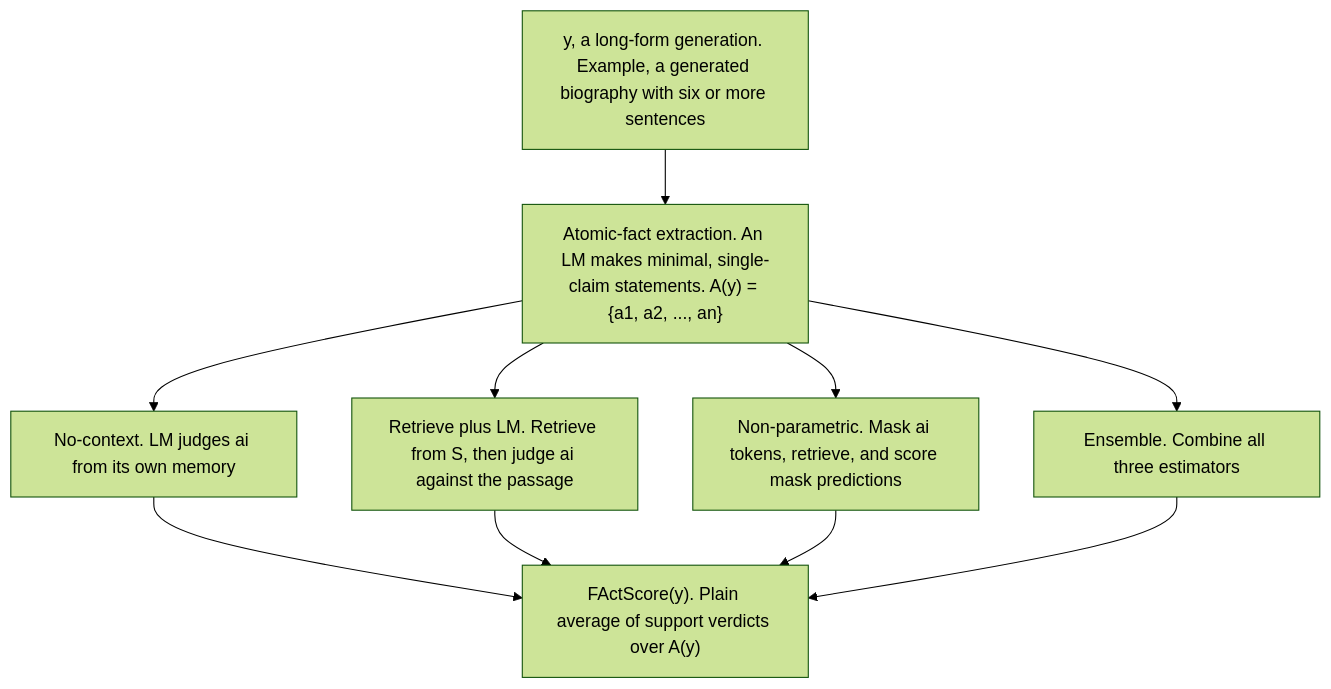
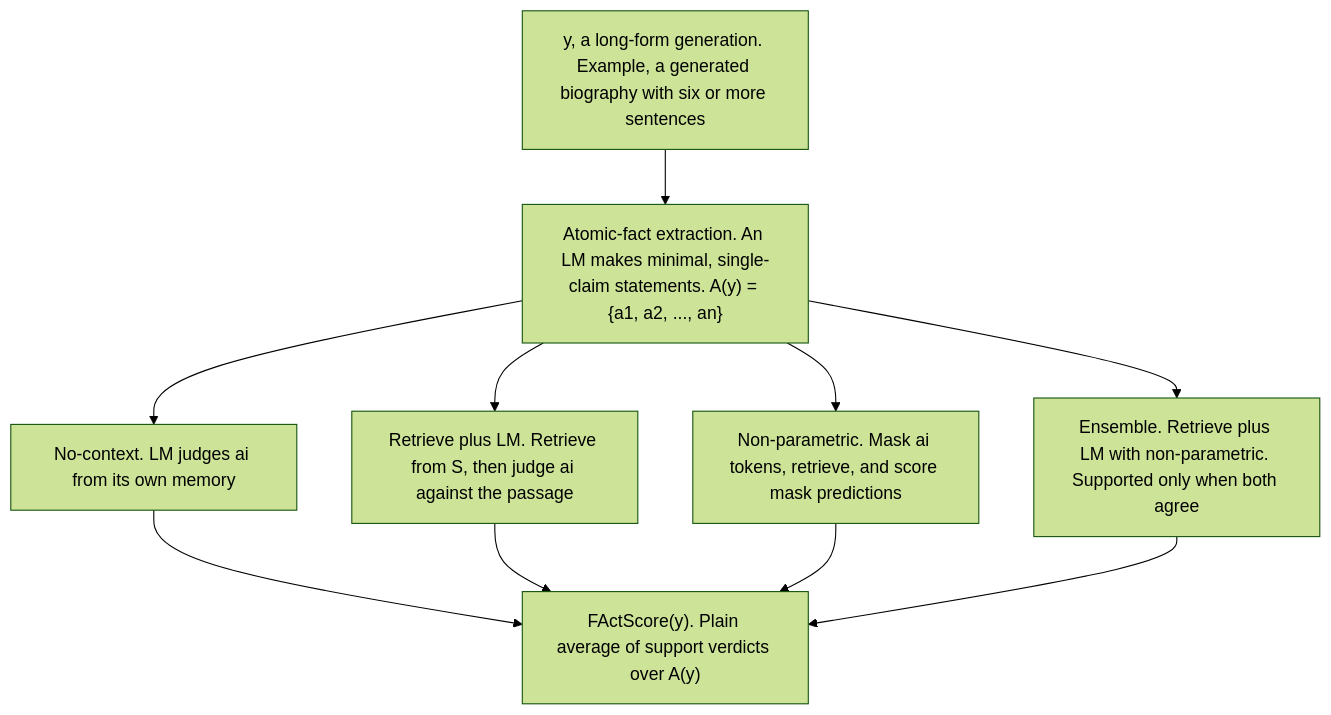
One commit to arunshar/rag-interview-chapters changed the second of 4 diagrams in chapters/33_evaluating_generation.md. Above: the diagram before and after it, drawn with Mermaid (forest theme). The commit also changed other lines of this file and 132 other files, not shown here.

````diff
--- a/chapters/33_evaluating_generation.md
+++ b/chapters/33_evaluating_generation.md
@@ -693,19 +693,19 @@
 ```mermaid
 flowchart TD
     Y["y, a long-form generation. Example, a generated biography with six or more sentences"]
     X["Atomic-fact extraction. An LM makes minimal, single-claim statements. A(y) = {a1, a2, ..., an}"]
     N["No-context. LM judges ai from its own memory"]
     R["Retrieve plus LM. Retrieve from S, then judge ai against the passage"]
     P["Non-parametric. Mask ai tokens, retrieve, and score mask predictions"]
-    E["Ensemble. Combine all three estimators"]
+    E["Ensemble. Retrieve plus LM with non-parametric. Supported only when both agree"]
     S["FActScore(y). Plain average of support verdicts over A(y)"]
     Y --> X
     X --> N
     X --> R
     X --> P
     X --> E
     N --> S
     R --> S
     P --> S
     E --> S
 ```
````
